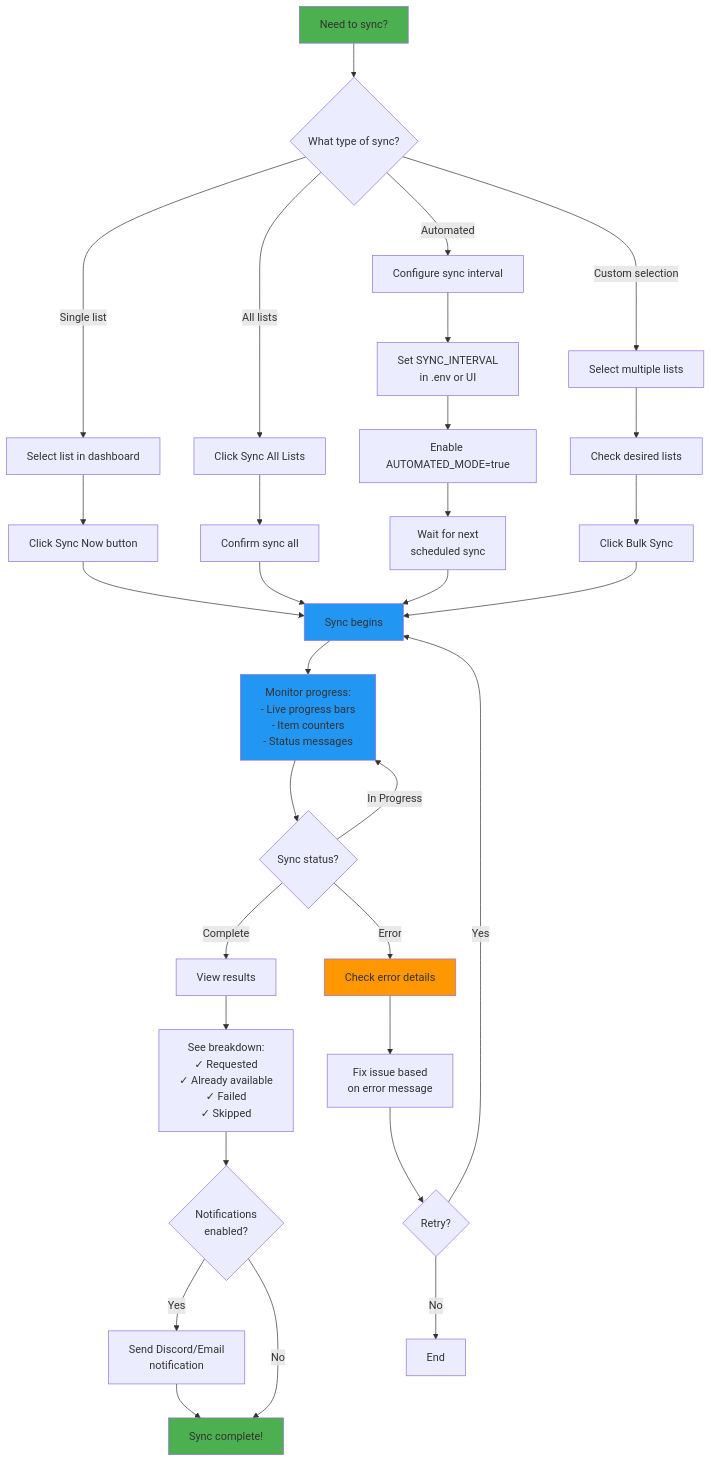
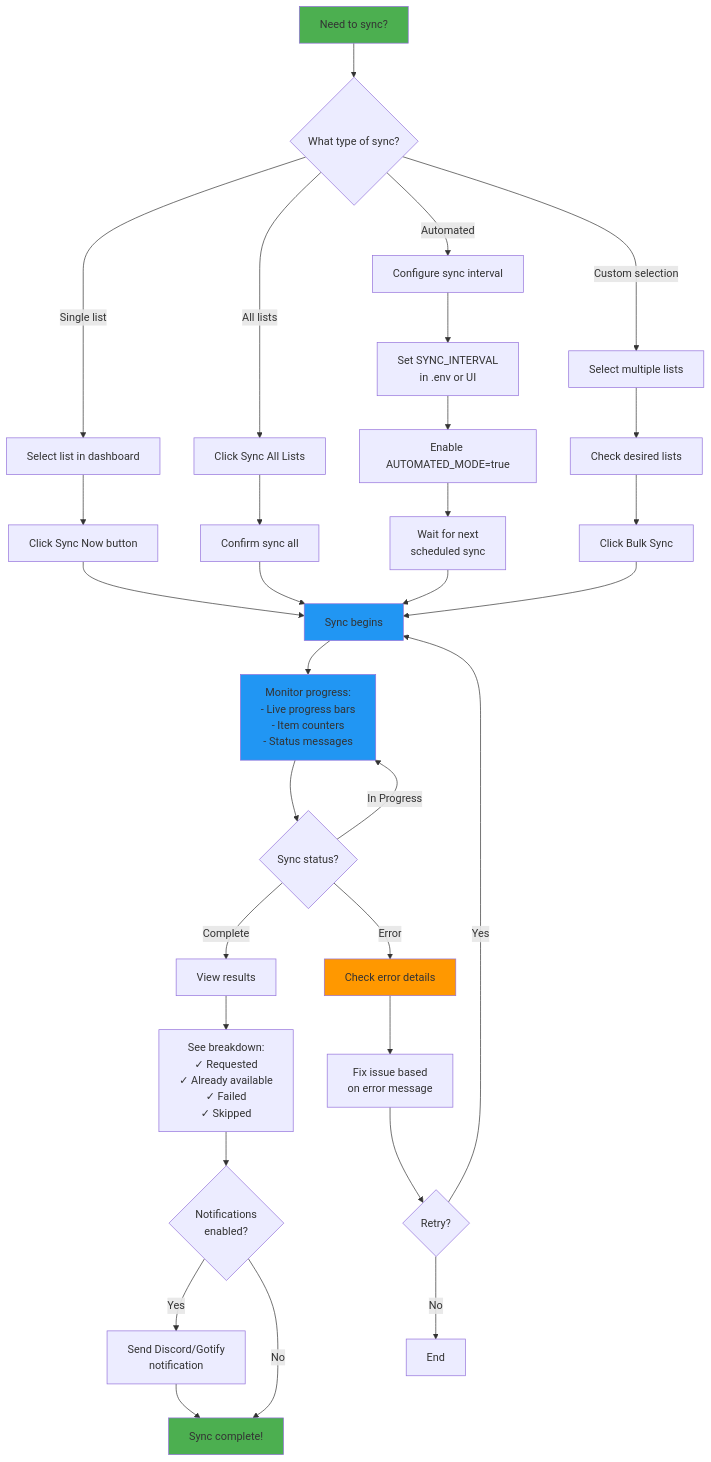
One commit to martynvdijke/listsync changed the third of 3 diagrams in docs/user-guide.md. Above: the diagram before and after it, drawn with Mermaid. The commit also changed other lines of this file and 20 other files, not shown here.

````diff
--- a/docs/user-guide.md
+++ b/docs/user-guide.md
@@ -295,48 +295,48 @@
 ```mermaid
 flowchart TD
     Start[Need to sync?] --> SyncType{What type of sync?}
     
     SyncType -->|Single list| SingleList[Select list in dashboard]
     SyncType -->|All lists| AllLists[Click Sync All Lists]
     SyncType -->|Automated| AutoSync[Configure sync interval]
     SyncType -->|Custom selection| CustomSync[Select multiple lists]
     
     SingleList --> ClickSync[Click Sync Now button]
     AllLists --> ClickSyncAll[Confirm sync all]
     CustomSync --> SelectLists[Check desired lists]
     SelectLists --> BulkSync[Click Bulk Sync]
     
     AutoSync --> SetInterval[Set SYNC_INTERVAL<br/>in .env or UI]
     SetInterval --> EnableAuto[Enable AUTOMATED_MODE=true]
     EnableAuto --> WaitSchedule[Wait for next<br/>scheduled sync]
     
     ClickSync --> StartSync[Sync begins]
     ClickSyncAll --> StartSync
     BulkSync --> StartSync
     WaitSchedule --> StartSync
     
     StartSync --> Monitor[Monitor progress:<br/>- Live progress bars<br/>- Item counters<br/>- Status messages]
     
     Monitor --> Processing{Sync status?}
     Processing -->|In Progress| Monitor
     Processing -->|Complete| ViewResults[View results]
     Processing -->|Error| CheckError[Check error details]
     
     ViewResults --> ResultBreakdown[See breakdown:<br/>✓ Requested<br/>✓ Already available<br/>✓ Failed<br/>✓ Skipped]
     
     CheckError --> FixError[Fix issue based<br/>on error message]
     FixError --> RetrySync{Retry?}
     RetrySync -->|Yes| StartSync
     RetrySync -->|No| End[End]
     
     ResultBreakdown --> Notification{Notifications<br/>enabled?}
-    Notification -->|Yes| SendNotif[Send Discord/Email<br/>notification]
+    Notification -->|Yes| SendNotif[Send Discord/Gotify<br/>notification]
     Notification -->|No| Done[Sync complete!]
     SendNotif --> Done
     
     style Start fill:#4CAF50
     style Done fill:#4CAF50
     style StartSync fill:#2196F3
     style CheckError fill:#FF9800
     style Monitor fill:#2196F3
 ```
````
